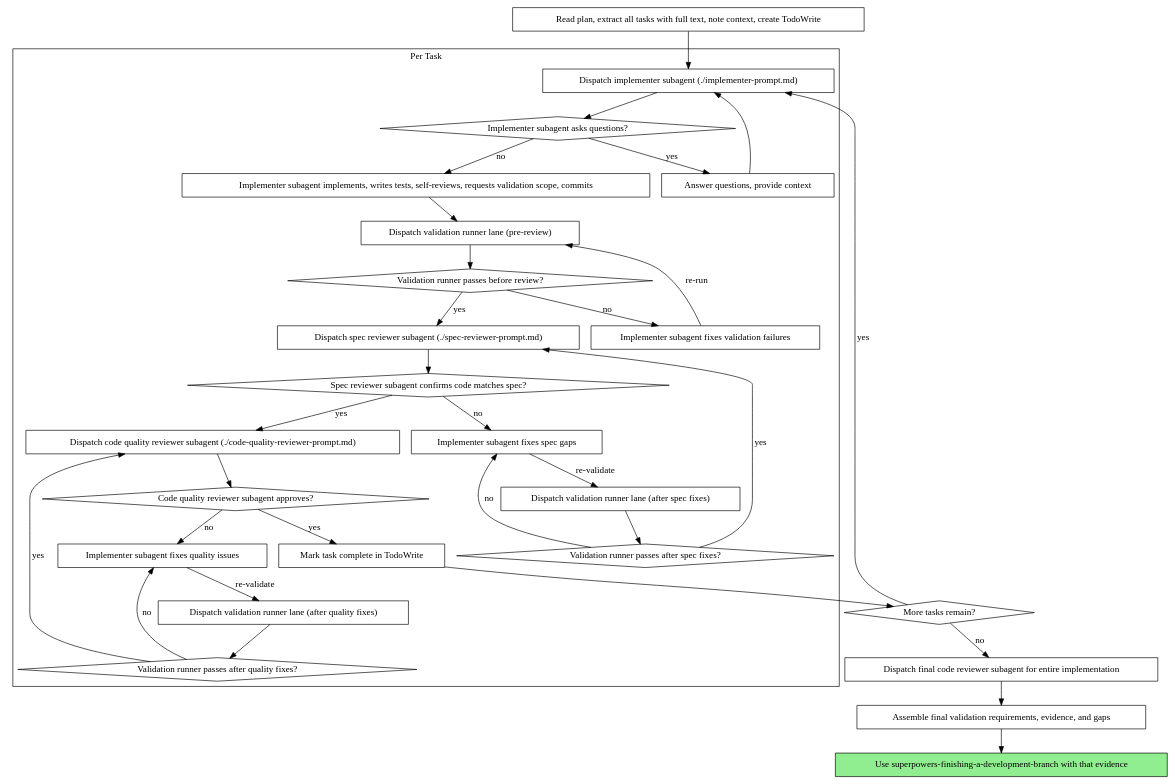
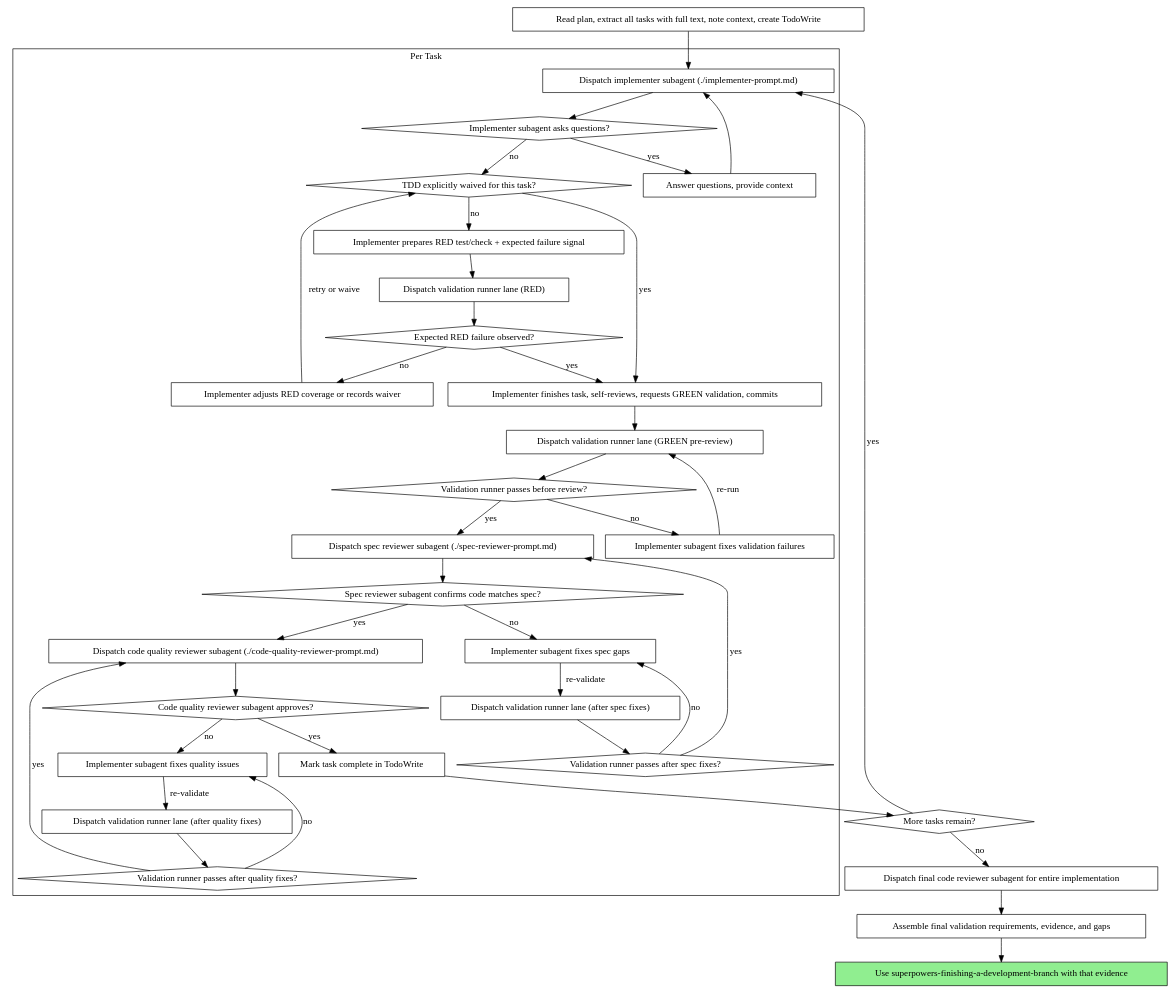
One commit to Sofreshx/Elegy-copilot changed the second of 2 diagrams in engine-assets/skills/superpowers-subagent-driven-development/SKILL.md. Above: the diagram before and after it, drawn with Graphviz. The commit also changed other lines of this file and 91 other files, not shown here.

````diff
--- a/engine-assets/skills/superpowers-subagent-driven-development/SKILL.md
+++ b/engine-assets/skills/superpowers-subagent-driven-development/SKILL.md
@@ -43,63 +43,75 @@
 ```dot
 digraph process {
     rankdir=TB;
 
     subgraph cluster_per_task {
         label="Per Task";
         "Dispatch implementer subagent (./implementer-prompt.md)" [shape=box];
         "Implementer subagent asks questions?" [shape=diamond];
         "Answer questions, provide context" [shape=box];
-        "Implementer subagent implements, writes tests, self-reviews, requests validation scope, commits" [shape=box];
-        "Dispatch validation runner lane (pre-review)" [shape=box];
+        "TDD explicitly waived for this task?" [shape=diamond];
+        "Implementer prepares RED test/check + expected failure signal" [shape=box];
+        "Dispatch validation runner lane (RED)" [shape=box];
+        "Expected RED failure observed?" [shape=diamond];
+        "Implementer adjusts RED coverage or records waiver" [shape=box];
+        "Implementer finishes task, self-reviews, requests GREEN validation, commits" [shape=box];
+        "Dispatch validation runner lane (GREEN pre-review)" [shape=box];
         "Validation runner passes before review?" [shape=diamond];
         "Implementer subagent fixes validation failures" [shape=box];
         "Dispatch spec reviewer subagent (./spec-reviewer-prompt.md)" [shape=box];
         "Spec reviewer subagent confirms code matches spec?" [shape=diamond];
         "Implementer subagent fixes spec gaps" [shape=box];
         "Dispatch validation runner lane (after spec fixes)" [shape=box];
         "Validation runner passes after spec fixes?" [shape=diamond];
         "Dispatch code quality reviewer subagent (./code-quality-reviewer-prompt.md)" [shape=box];
         "Code quality reviewer subagent approves?" [shape=diamond];
         "Implementer subagent fixes quality issues" [shape=box];
         "Dispatch validation runner lane (after quality fixes)" [shape=box];
         "Validation runner passes after quality fixes?" [shape=diamond];
         "Mark task complete in TodoWrite" [shape=box];
     }
 
     "Read plan, extract all tasks with full text, note context, create TodoWrite" [shape=box];
     "More tasks remain?" [shape=diamond];
     "Dispatch final code reviewer subagent for entire implementation" [shape=box];
     "Assemble final validation requirements, evidence, and gaps" [shape=box];
     "Use superpowers-finishing-a-development-branch with that evidence" [shape=box style=filled fillcolor=lightgreen];
 
     "Read plan, extract all tasks with full text, note context, create TodoWrite" -> "Dispatch implementer subagent (./implementer-prompt.md)";
     "Dispatch implementer subagent (./implementer-prompt.md)" -> "Implementer subagent asks questions?";
     "Implementer subagent asks questions?" -> "Answer questions, provide context" [label="yes"];
     "Answer questions, provide context" -> "Dispatch implementer subagent (./implementer-prompt.md)";
-    "Implementer subagent asks questions?" -> "Implementer subagent implements, writes tests, self-reviews, requests validation scope, commits" [label="no"];
-    "Implementer subagent implements, writes tests, self-reviews, requests validation scope, commits" -> "Dispatch validation runner lane (pre-review)";
-    "Dispatch validation runner lane (pre-review)" -> "Validation runner passes before review?";
+    "Implementer subagent asks questions?" -> "TDD explicitly waived for this task?" [label="no"];
+    "TDD explicitly waived for this task?" -> "Implementer prepares RED test/check + expected failure signal" [label="no"];
+    "TDD explicitly waived for this task?" -> "Implementer finishes task, self-reviews, requests GREEN validation, commits" [label="yes"];
+    "Implementer prepares RED test/check + expected failure signal" -> "Dispatch validation runner lane (RED)";
+    "Dispatch validation runner lane (RED)" -> "Expected RED failure observed?";
+    "Expected RED failure observed?" -> "Implementer adjusts RED coverage or records waiver" [label="no"];
+    "Implementer adjusts RED coverage or records waiver" -> "TDD explicitly waived for this task?" [label="retry or waive"];
+    "Expected RED failure observed?" -> "Implementer finishes task, self-reviews, requests GREEN validation, commits" [label="yes"];
+    "Implementer finishes task, self-reviews, requests GREEN validation, commits" -> "Dispatch validation runner lane (GREEN pre-review)";
+    "Dispatch validation runner lane (GREEN pre-review)" -> "Validation runner passes before review?";
     "Validation runner passes before review?" -> "Implementer subagent fixes validation failures" [label="no"];
-    "Implementer subagent fixes validation failures" -> "Dispatch validation runner lane (pre-review)" [label="re-run"];
+    "Implementer subagent fixes validation failures" -> "Dispatch validation runner lane (GREEN pre-review)" [label="re-run"];
     "Validation runner passes before review?" -> "Dispatch spec reviewer subagent (./spec-reviewer-prompt.md)" [label="yes"];
     "Dispatch spec reviewer subagent (./spec-reviewer-prompt.md)" -> "Spec reviewer subagent confirms code matches spec?";
     "Spec reviewer subagent confirms code matches spec?" -> "Implementer subagent fixes spec gaps" [label="no"];
     "Implementer subagent fixes spec gaps" -> "Dispatch validation runner lane (after spec fixes)" [label="re-validate"];
     "Dispatch validation runner lane (after spec fixes)" -> "Validation runner passes after spec fixes?";
     "Validation runner passes after spec fixes?" -> "Implementer subagent fixes spec gaps" [label="no"];
     "Validation runner passes after spec fixes?" -> "Dispatch spec reviewer subagent (./spec-reviewer-prompt.md)" [label="yes"];
     "Spec reviewer subagent confirms code matches spec?" -> "Dispatch code quality reviewer subagent (./code-quality-reviewer-prompt.md)" [label="yes"];
     "Dispatch code quality reviewer subagent (./code-quality-reviewer-prompt.md)" -> "Code quality reviewer subagent approves?";
     "Code quality reviewer subagent approves?" -> "Implementer subagent fixes quality issues" [label="no"];
     "Implementer subagent fixes quality issues" -> "Dispatch validation runner lane (after quality fixes)" [label="re-validate"];
     "Dispatch validation runner lane (after quality fixes)" -> "Validation runner passes after quality fixes?";
     "Validation runner passes after quality fixes?" -> "Implementer subagent fixes quality issues" [label="no"];
     "Validation runner passes after quality fixes?" -> "Dispatch code quality reviewer subagent (./code-quality-reviewer-prompt.md)" [label="yes"];
     "Code quality reviewer subagent approves?" -> "Mark task complete in TodoWrite" [label="yes"];
     "Mark task complete in TodoWrite" -> "More tasks remain?";
     "More tasks remain?" -> "Dispatch implementer subagent (./implementer-prompt.md)" [label="yes"];
     "More tasks remain?" -> "Dispatch final code reviewer subagent for entire implementation" [label="no"];
     "Dispatch final code reviewer subagent for entire implementation" -> "Assemble final validation requirements, evidence, and gaps";
     "Assemble final validation requirements, evidence, and gaps" -> "Use superpowers-finishing-a-development-branch with that evidence";
 }
 ```
````
